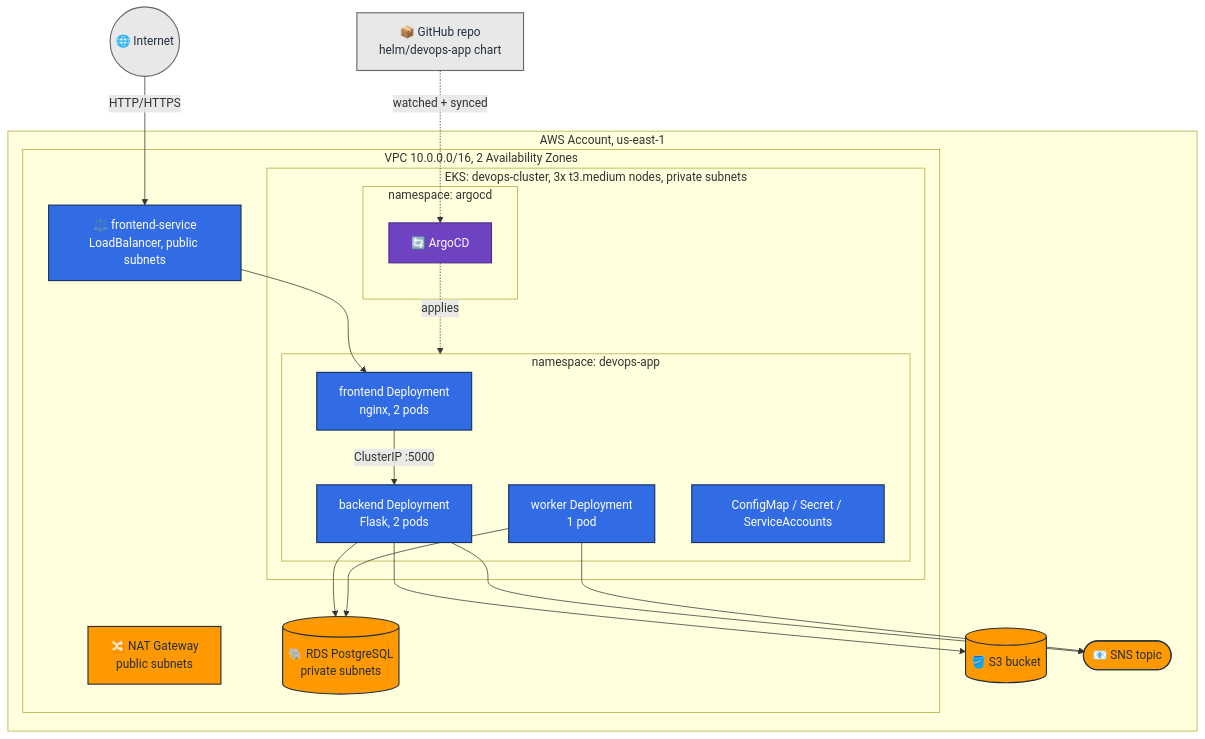
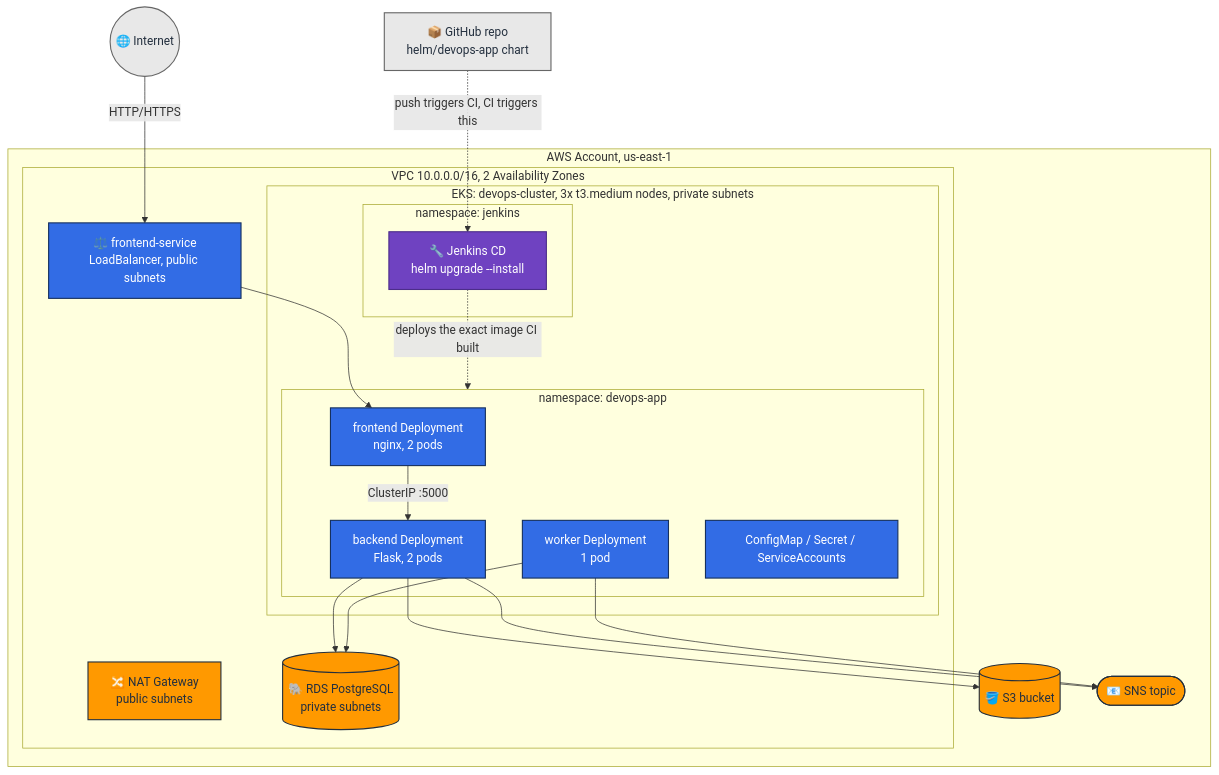
The diagram in README.md (MaxTsyganov/Running_Devops_Project), drawn with Mermaid before and after one commit. The commit also changed other lines of this file and 2 other files, not shown here.

````diff
--- a/README.md
+++ b/README.md
@@ -47,50 +52,50 @@
 ```mermaid
 flowchart TB
     Internet(("🌐 Internet"))
     GH["📦 GitHub repo<br/>helm/devops-app chart"]
 
     subgraph AWS["AWS Account, us-east-1"]
         subgraph VPC["VPC 10.0.0.0/16, 2 Availability Zones"]
             LB["⚖️ frontend-service<br/>LoadBalancer, public subnets"]
             NAT["🔀 NAT Gateway<br/>public subnets"]
 
             subgraph EKS["EKS: devops-cluster, 3x t3.medium nodes, private subnets"]
-                subgraph NsArgo["namespace: argocd"]
-                    ArgoCD["🔄 ArgoCD"]
+                subgraph NsJenkins["namespace: jenkins"]
+                    CD["🔧 Jenkins CD<br/>helm upgrade --install"]
                 end
                 subgraph NsApp["namespace: devops-app"]
                     FE["frontend Deployment<br/>nginx, 2 pods"]
                     BE["backend Deployment<br/>Flask, 2 pods"]
                     WK["worker Deployment<br/>1 pod"]
                     CFG["ConfigMap / Secret / ServiceAccounts"]
                 end
             end
 
             RDS[("🐘 RDS PostgreSQL<br/>private subnets")]
         end
 
         S3[("🪣 S3 bucket")]
         SNS(["📧 SNS topic"])
     end
 
     Internet -- HTTP/HTTPS --> LB
     LB --> FE
     FE -- "ClusterIP :5000" --> BE
     BE --> RDS
     BE --> S3
     BE --> SNS
     WK --> RDS
     WK --> SNS
-    GH -. watched + synced .-> ArgoCD
-    ArgoCD -. applies .-> NsApp
+    GH -. push triggers CI, CI triggers this .-> CD
+    CD -. deploys the exact image CI built .-> NsApp
 
     classDef aws fill:#FF9900,stroke:#232F3E,color:#232F3E,stroke-width:1.5px
     classDef k8s fill:#326CE5,stroke:#16305e,color:#ffffff,stroke-width:1.5px
     classDef tooling fill:#6f42c1,stroke:#4c2d8a,color:#ffffff,stroke-width:1.5px
     classDef external fill:#e8e8e8,stroke:#666666,color:#232F3E,stroke-width:1.5px
 
     class RDS,S3,SNS,NAT aws
     class FE,BE,WK,CFG,LB k8s
-    class ArgoCD tooling
+    class CD tooling
     class Internet,GH external
 ```
````
